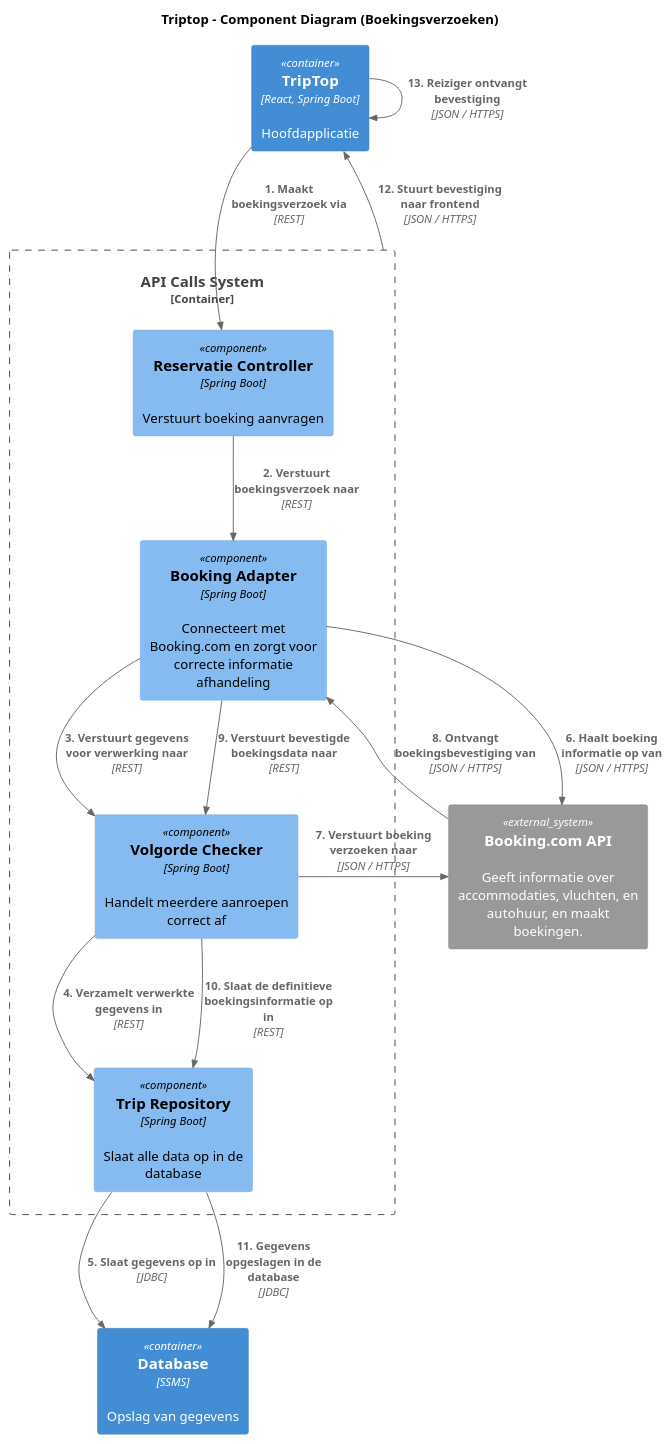
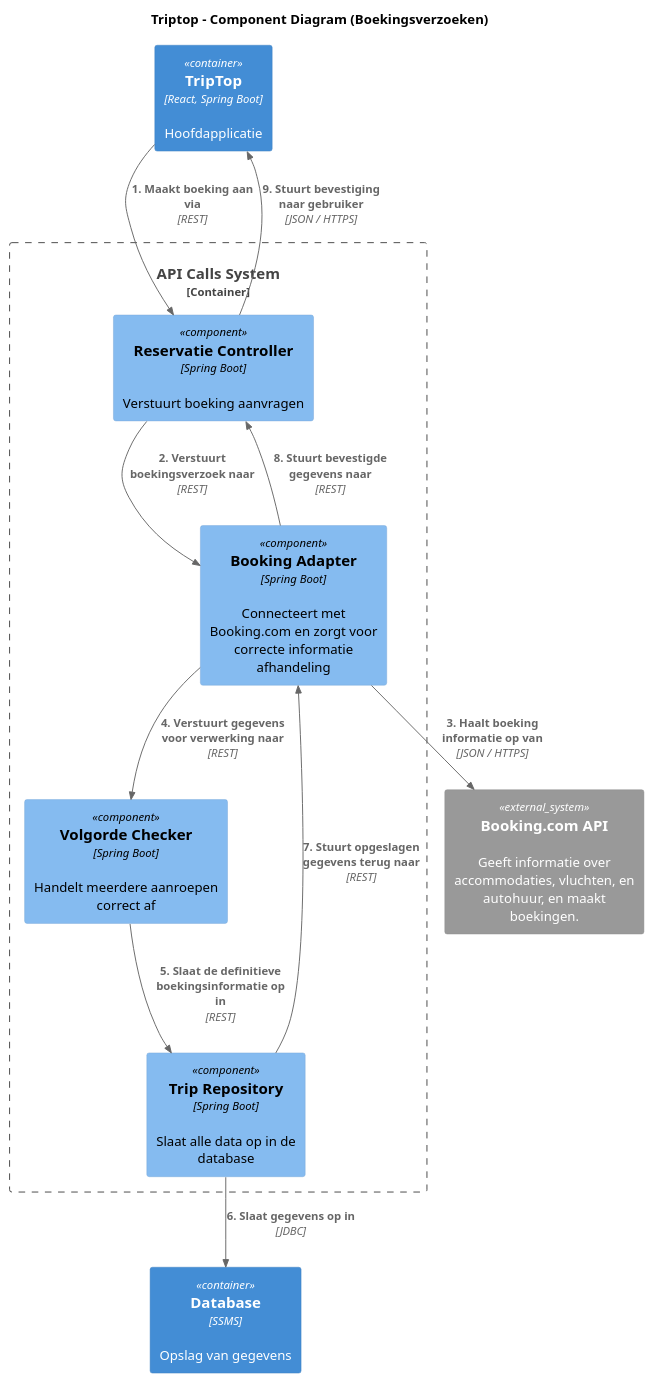
Before and after one commit to AIM-ENE-feb25/triptop-beca: the diagram in opdracht-diagrammen/voorbereiding/les-03/Dynamic-diagram.puml, drawn with PlantUML.

```diff
--- a/opdracht-diagrammen/voorbereiding/les-03/Dynamic-diagram.puml
+++ b/opdracht-diagrammen/voorbereiding/les-03/Dynamic-diagram.puml
@@ -1,34 +1,28 @@
 @startuml
 !include https://raw.githubusercontent.com/plantuml-stdlib/C4-PlantUML/master/C4_Component.puml
 
 title Triptop - Component Diagram (Boekingsverzoeken)
 
 Container(trip_trop, "TripTop", "React, Spring Boot", "Hoofdapplicatie")
 Container(db, "Database", "SSMS", "Opslag van gegevens")
 System_Ext(booking_com_api, "Booking.com API", "Geeft informatie over accommodaties, vluchten, en autohuur, en maakt boekingen.")
 
 Container_Boundary(backend, "API Calls System") {
     Component(reservatie_controller, "Reservatie Controller", "Spring Boot", "Verstuurt boeking aanvragen")
     Component(volgorde_checker, "Volgorde Checker", "Spring Boot", "Handelt meerdere aanroepen correct af")
     Component(booking_adapter, "Booking Adapter", "Spring Boot", "Connecteert met Booking.com en zorgt voor correcte informatie afhandeling")
     Component(trip_repository, "Trip Repository", "Spring Boot", "Slaat alle data op in de database")
 }
 
-Rel(trip_trop, reservatie_controller, "1. Maakt boekingsverzoek via", "REST")
+Rel(trip_trop, reservatie_controller, "1. Maakt boeking aan via", "REST")
 Rel(reservatie_controller, booking_adapter, "2. Verstuurt boekingsverzoek naar", "REST")
-Rel(booking_adapter, volgorde_checker, "3. Verstuurt gegevens voor verwerking naar", "REST")
-Rel(volgorde_checker, trip_repository, "4. Verzamelt verwerkte gegevens in", "REST")
-Rel(trip_repository, db, "5. Slaat gegevens op in", "JDBC")
+Rel(booking_adapter, booking_com_api, "3. Haalt boeking informatie op van", "JSON / HTTPS")
+Rel(booking_adapter, volgorde_checker, "4. Verstuurt gegevens voor verwerking naar", "REST")
+Rel(volgorde_checker, trip_repository, "5. Slaat de definitieve boekingsinformatie op in", "REST")
+Rel(trip_repository, db, "6. Slaat gegevens op in", "JDBC")
+Rel(trip_repository, booking_adapter, "7. Stuurt opgeslagen gegevens terug naar", "REST")
+Rel(booking_adapter, reservatie_controller, "8. Stuurt bevestigde gegevens naar", "REST")
+Rel(reservatie_controller, trip_trop, "9. Stuurt bevestiging naar gebruiker", "JSON / HTTPS")
 
-Rel(booking_adapter, booking_com_api, "6. Haalt boeking informatie op van", "JSON / HTTPS")
-Rel(volgorde_checker, booking_com_api, "7. Verstuurt boeking verzoeken naar", "JSON / HTTPS")
-Rel(booking_com_api, booking_adapter, "8. Ontvangt boekingsbevestiging van", "JSON / HTTPS")
-Rel(booking_adapter, volgorde_checker, "9. Verstuurt bevestigde boekingsdata naar", "REST")
-
-Rel(volgorde_checker, trip_repository, "10. Slaat de definitieve boekingsinformatie op in", "REST")
-Rel(trip_repository, db, "11. Gegevens opgeslagen in de database", "JDBC")
-
-Rel(backend, trip_trop, "12. Stuurt bevestiging naar frontend", "JSON / HTTPS")
-Rel(trip_trop, trip_trop, "13. Reiziger ontvangt bevestiging", "JSON / HTTPS")
 
 @enduml
```
